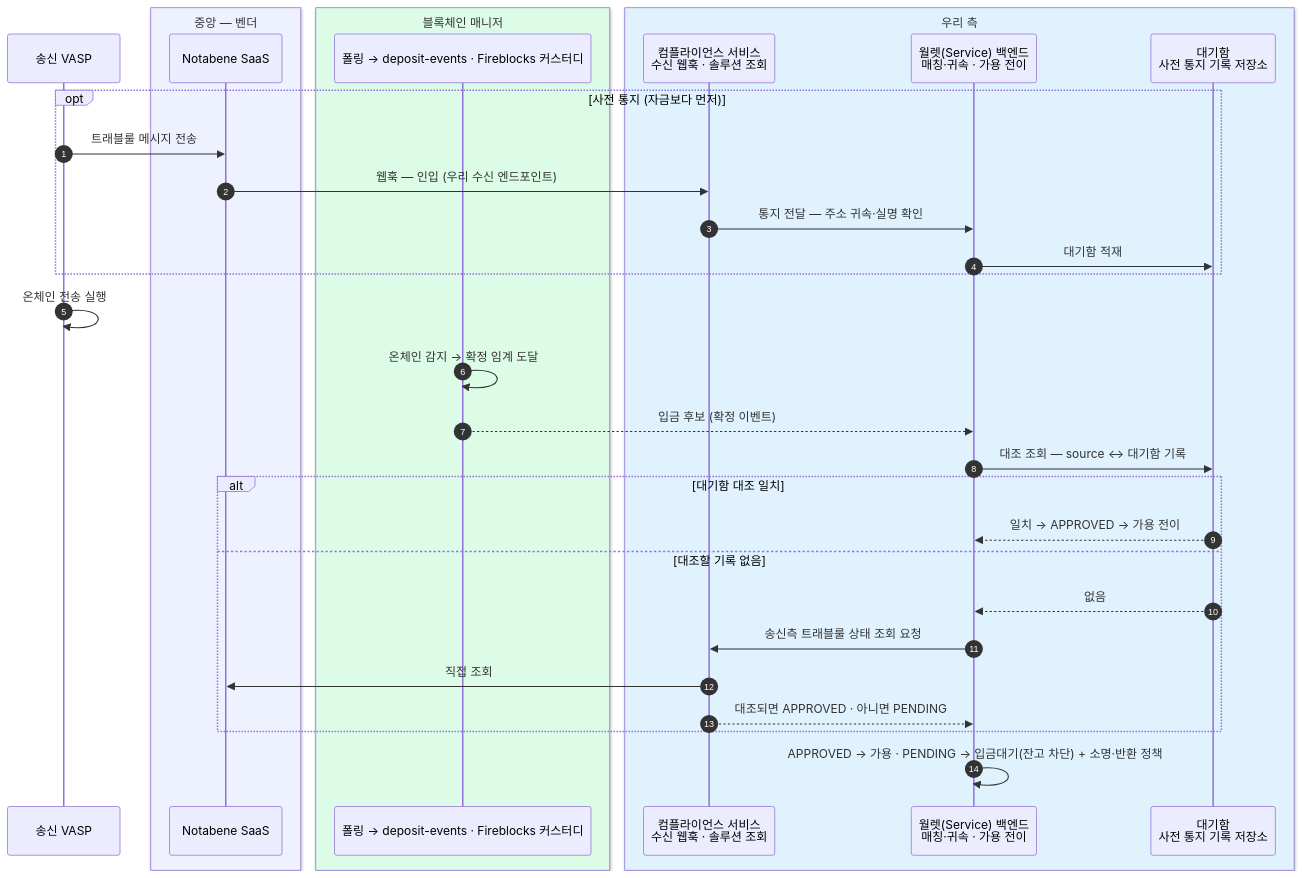
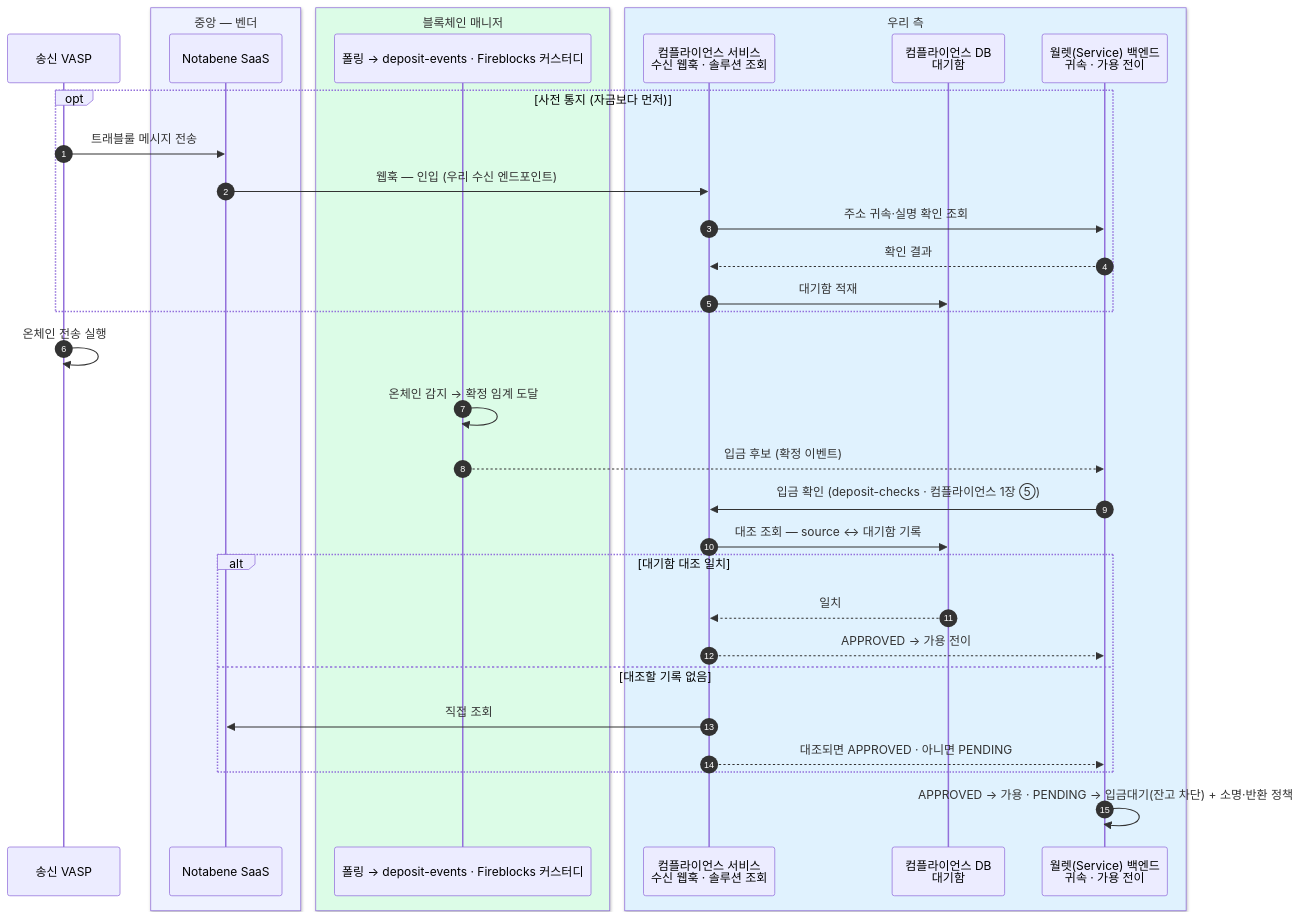
The seventh of 11 diagrams in blockchain-manager/docs/트래블룰/설계/07-scenarios.md (eunsujeo/eunpus), drawn with Mermaid before and after one commit. The commit also changed other lines of this file and 10 other files, not shown here.

````diff
--- a/blockchain-manager/docs/트래블룰/설계/07-scenarios.md
+++ b/blockchain-manager/docs/트래블룰/설계/07-scenarios.md
@@ -319,36 +319,37 @@
 ```mermaid
 sequenceDiagram
     autonumber
     participant SV as 송신 VASP
     box rgb(238,242,255) 중앙 — 벤더
     participant NB as Notabene SaaS
     end
     box rgb(220,252,231) 블록체인 매니저
     participant BM as 폴링 → deposit-events · Fireblocks 커스터디
     end
     box rgb(224,242,254) 우리 측
     participant GT as 컴플라이언스 서비스<br/>수신 웹훅 · 솔루션 조회
-    participant BE as 월렛(Service) 백엔드<br/>매칭·귀속 · 가용 전이
-    participant WQ as 대기함<br/>사전 통지 기록 저장소
+    participant WQ as 컴플라이언스 DB<br/>대기함
+    participant BE as 월렛(Service) 백엔드<br/>귀속 · 가용 전이
     end
 
     opt 사전 통지 (자금보다 먼저)
         SV->>NB: 트래블룰 메시지 전송
         NB->>GT: 웹훅 — 인입 (우리 수신 엔드포인트)
-        GT->>BE: 통지 전달 — 주소 귀속·실명 확인
-        BE->>WQ: 대기함 적재
+        GT->>BE: 주소 귀속·실명 확인 조회
+        BE-->>GT: 확인 결과
+        GT->>WQ: 대기함 적재
     end
     SV->>SV: 온체인 전송 실행
     BM->>BM: 온체인 감지 → 확정 임계 도달
     BM-->>BE: 입금 후보 (확정 이벤트)
-    BE->>WQ: 대조 조회 — source ↔ 대기함 기록
+    BE->>GT: 입금 확인 (deposit-checks · 컴플라이언스 1장 ⑤)
+    GT->>WQ: 대조 조회 — source ↔ 대기함 기록
     alt 대기함 대조 일치
-        WQ-->>BE: 일치 → APPROVED → 가용 전이
+        WQ-->>GT: 일치
+        GT-->>BE: APPROVED → 가용 전이
     else 대조할 기록 없음
-        WQ-->>BE: 없음
-        BE->>GT: 송신측 트래블룰 상태 조회 요청
         GT->>NB: 직접 조회
         GT-->>BE: 대조되면 APPROVED · 아니면 PENDING
     end
     BE->>BE: APPROVED → 가용 · PENDING → 입금대기(잔고 차단) + 소명·반환 정책
 ```
````
